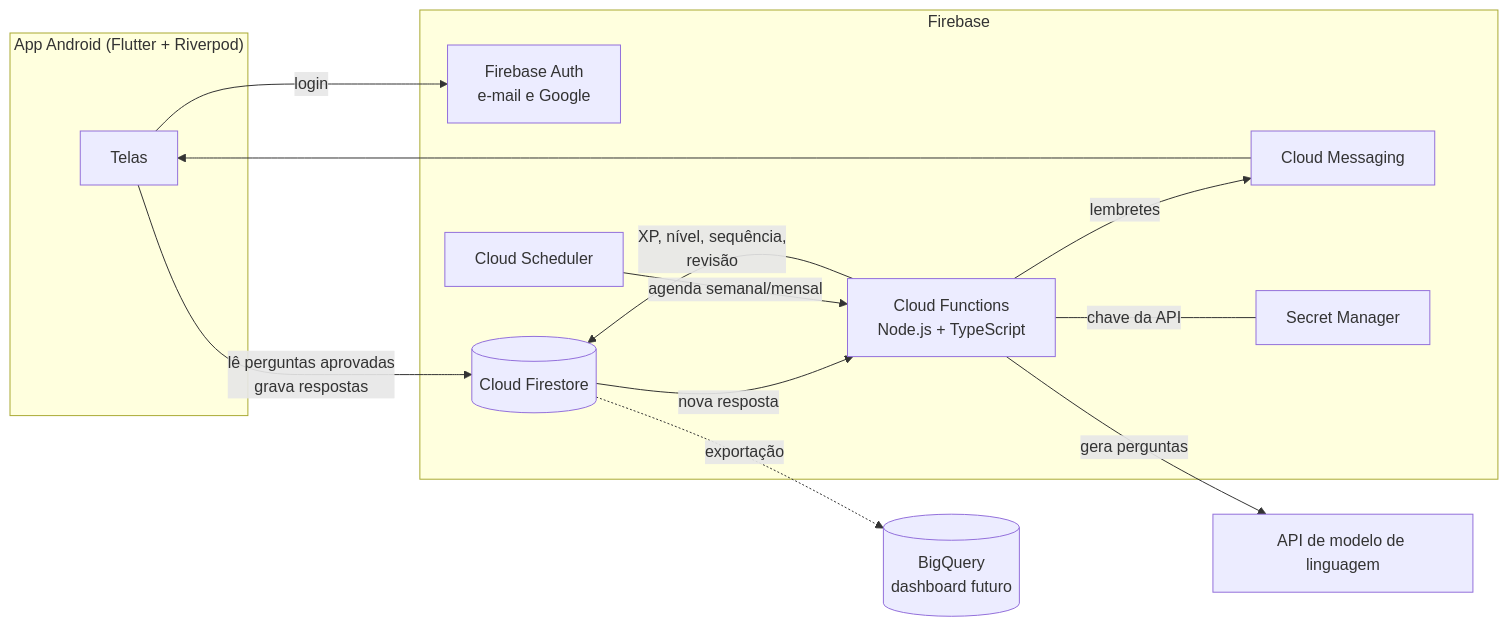
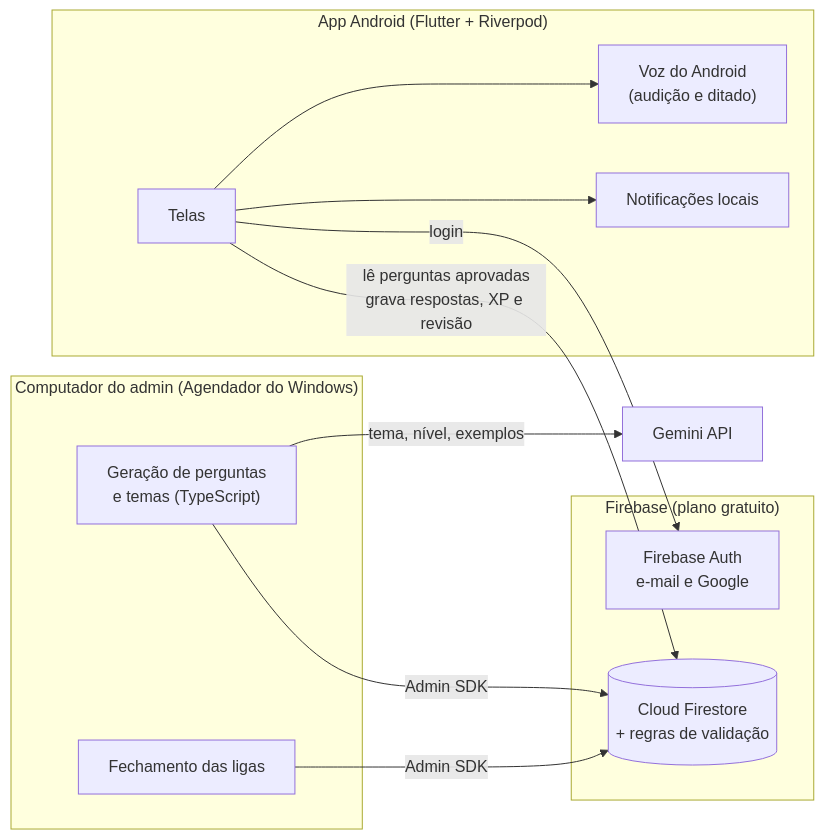
The first of 2 diagrams in README.md (fagnersoares/mente-afiada-showcase), drawn with Mermaid before and after one commit. The commit also changed other lines of this file and 14 other files, not shown here.

````diff
--- a/README.md
+++ b/README.md
@@ -45,29 +59,28 @@
 ```mermaid
 flowchart LR
     subgraph App["App Android (Flutter + Riverpod)"]
         UI["Telas"]
+        TTS["Voz do Android<br/>(audição e ditado)"]
+        NOT["Notificações locais"]
     end
 
-    subgraph Firebase
+    subgraph Firebase["Firebase (plano gratuito)"]
         Auth["Firebase Auth<br/>e-mail e Google"]
-        FS[("Cloud Firestore")]
-        CF["Cloud Functions<br/>Node.js + TypeScript"]
-        SCH["Cloud Scheduler"]
-        FCM["Cloud Messaging"]
-        SM["Secret Manager"]
+        FS[("Cloud Firestore<br/>+ regras de validação")]
     end
 
-    IA["API de modelo de linguagem"]
-    BQ[("BigQuery<br/>dashboard futuro")]
+    subgraph PC["Computador do admin (Agendador do Windows)"]
+        GEN["Geração de perguntas<br/>e temas (TypeScript)"]
+        LIG["Fechamento das ligas"]
+    end
+
+    IA["Gemini API"]
 
     UI -- login --> Auth
-    UI -- "lê perguntas aprovadas<br/>grava respostas" --> FS
-    FS -- "nova resposta" --> CF
-    CF -- "XP, nível, sequência,<br/>revisão" --> FS
-    SCH -- "agenda semanal/mensal" --> CF
-    CF -- "chave da API" --- SM
-    CF -- "gera perguntas" --> IA
-    CF -- lembretes --> FCM
-    FCM --> UI
-    FS -. exportação .-> BQ
+    UI -- "lê perguntas aprovadas<br/>grava respostas, XP e revisão" --> FS
+    UI --> TTS
+    UI --> NOT
+    GEN -- "Admin SDK" --> FS
+    GEN -- "tema, nível, exemplos" --> IA
+    LIG -- "Admin SDK" --> FS
 ```
````
